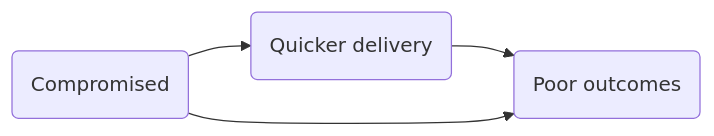
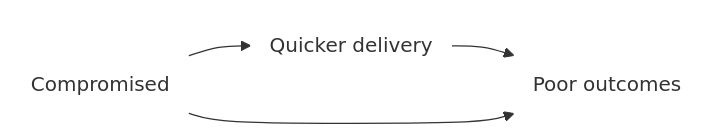
One commit to birth-outcomes/birth_outcomes_summary changed the third of 4 diagrams in book_birth_outcomes_summary/design_treat_paradox.md. Above: the diagram before and after it, drawn with Mermaid. The commit also changed other lines of this file and 3 other files, not shown here.

`````diff
--- a/book_birth_outcomes_summary/design_treat_paradox.md
+++ b/book_birth_outcomes_summary/design_treat_paradox.md
@@ -97,13 +118,16 @@
 ````{mermaid}
   flowchart LR;
 
     %% Define the nodes and subgraphs
-    comp("Compromised")
-    quick("Quicker delivery")
-    poor("Poor outcomes")
+    comp("Compromised"):::white;
+    quick("Quicker delivery"):::white;
+    poor("Poor outcomes"):::white;
 
     %% Produce the figure
     comp --> quick;
     quick --> poor;
     comp --> poor;
+
+    classDef white fill:#FFFFFF, stroke:#FFFFFF;
+    classDef black fill:#FFFFFF, stroke:#000000;
 ````
`````
